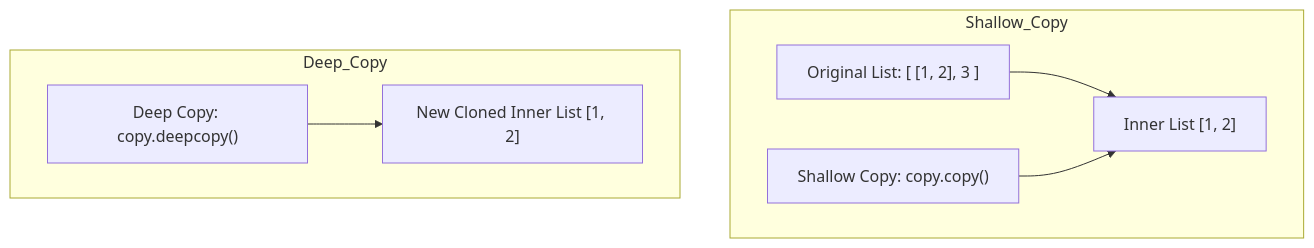
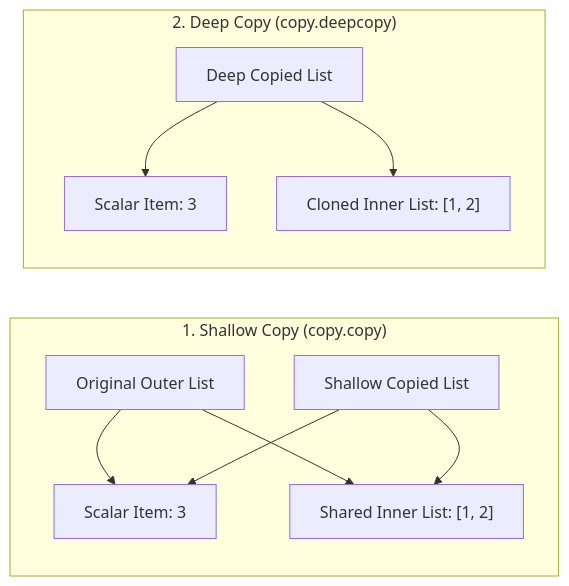
Before and after one commit to manojkumar-nt/tech-21-interview-handbook: the diagram in books/python/03-mutability-copying-and-default-argument-traps.md, drawn with Mermaid. The commit also changed other lines of this file and 2 other files, not shown here.

````diff
--- a/books/python/03-mutability-copying-and-default-argument-traps.md
+++ b/books/python/03-mutability-copying-and-default-argument-traps.md
@@ -17,12 +17,13 @@
 ```mermaid
-graph TD
-    subgraph Shallow_Copy
-        Orig["Original List: [ [1, 2], 3 ]"]
-        SCopy["Shallow Copy: copy.copy()"]
-        Orig --> Sub["Inner List [1, 2]"]
-        SCopy --> Sub
+graph LR
+    subgraph Shallow ["1. Shallow Copy (copy.copy)"]
+        Orig["Original Outer List"] --> ItemA["Scalar Item: 3"]
+        Orig --> Nested["Shared Inner List: [1, 2]"]
+        SCopy["Shallow Copied List"] --> ItemA
+        SCopy --> Nested
     end
-    subgraph Deep_Copy
-        DCopy["Deep Copy: copy.deepcopy()"] --> SubCopy["New Cloned Inner List [1, 2]"]
+    subgraph Deep ["2. Deep Copy (copy.deepcopy)"]
+        DCopy["Deep Copied List"] --> ItemACopy["Scalar Item: 3"]
+        DCopy --> NestedCopy["Cloned Inner List: [1, 2]"]
     end
 ```
````
